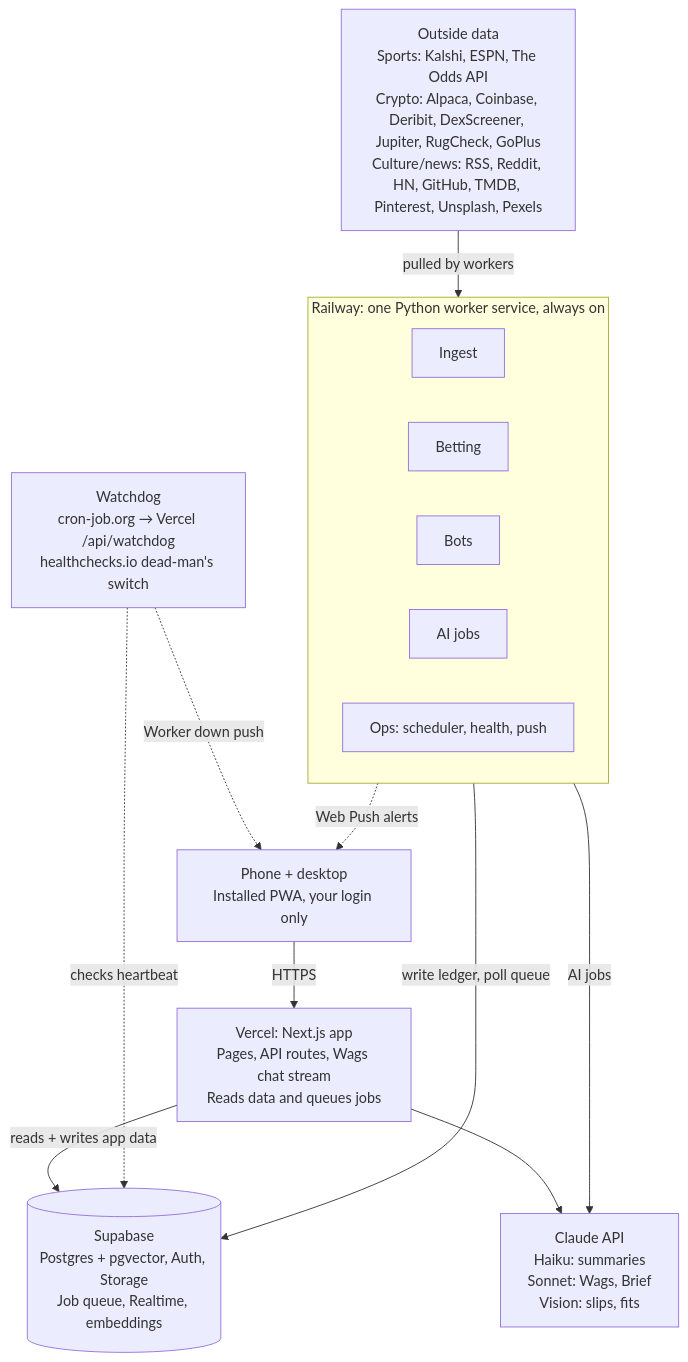
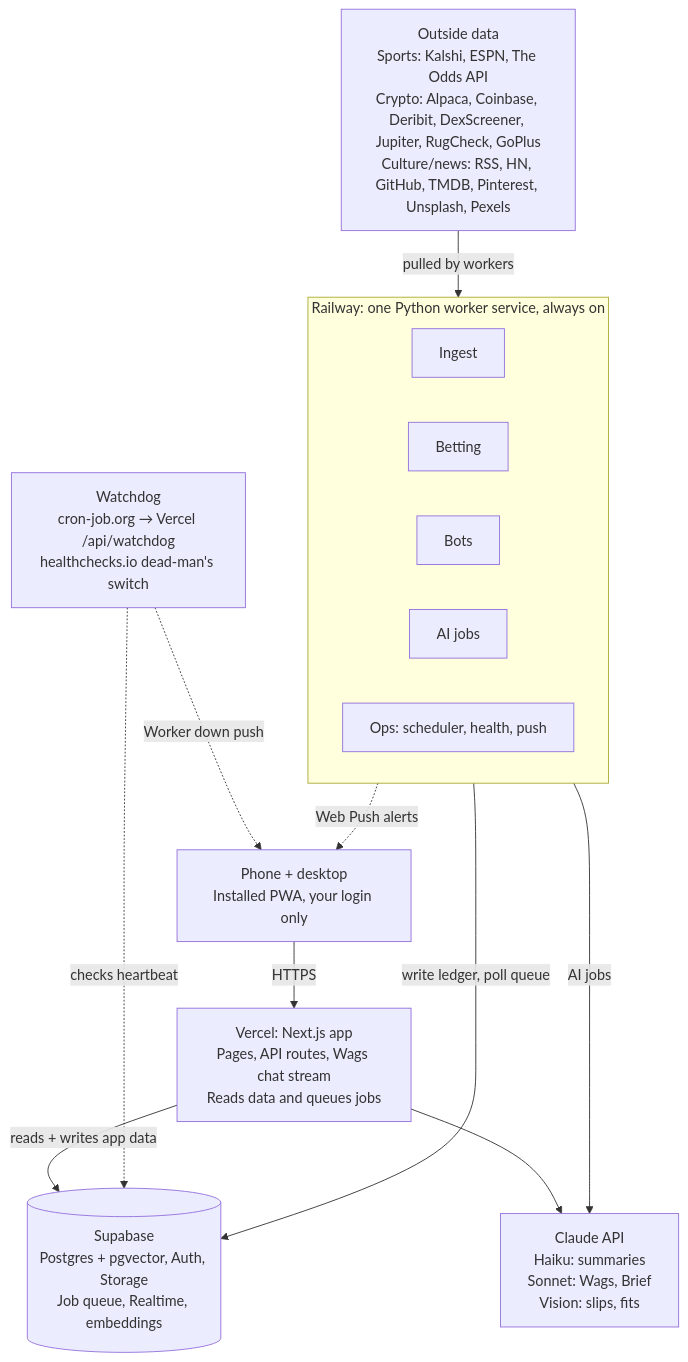
Before and after one commit to Idctsims/valemont-agents: the first of 2 diagrams in docs/MASTER_PLAN.md, drawn with Mermaid. The commit also changed other lines of this file and 2 other files, not shown here.

First line of the commit message:
docs: Chat 4 Step 0 - no staging project, Reddit dropped, Tech Hub cadence

````diff
--- a/docs/MASTER_PLAN.md
+++ b/docs/MASTER_PLAN.md
@@ -57,15 +57,15 @@
 ```mermaid
 flowchart TB
   P["Phone + desktop<br/>Installed PWA, your login only"] -->|HTTPS| V["Vercel: Next.js app<br/>Pages, API routes, Wags chat stream<br/>Reads data and queues jobs"]
   V -->|reads + writes app data| S[("Supabase<br/>Postgres + pgvector, Auth, Storage<br/>Job queue, Realtime, embeddings")]
   V --> C["Claude API<br/>Haiku: summaries<br/>Sonnet: Wags, Brief<br/>Vision: slips, fits"]
   subgraph R["Railway: one Python worker service, always on"]
     I["Ingest"]; B["Betting"]; BO["Bots"]; AI["AI jobs"]; O["Ops: scheduler, health, push"]
   end
   R -->|write ledger, poll queue| S
   R -->|AI jobs| C
   R -.->|Web Push alerts| P
-  X["Outside data<br/>Sports: Kalshi, ESPN, The Odds API<br/>Crypto: Alpaca, Coinbase, Deribit, DexScreener, Jupiter, RugCheck, GoPlus<br/>Culture/news: RSS, Reddit, HN, GitHub, TMDB, Pinterest, Unsplash, Pexels"] -->|pulled by workers| R
+  X["Outside data<br/>Sports: Kalshi, ESPN, The Odds API<br/>Crypto: Alpaca, Coinbase, Deribit, DexScreener, Jupiter, RugCheck, GoPlus<br/>Culture/news: RSS, HN, GitHub, TMDB, Pinterest, Unsplash, Pexels"] -->|pulled by workers| R
   W["Watchdog<br/>cron-job.org → Vercel /api/watchdog<br/>healthchecks.io dead-man's switch"] -.->|checks heartbeat| S
   W -.->|"Worker down" push| P
 ```
````
